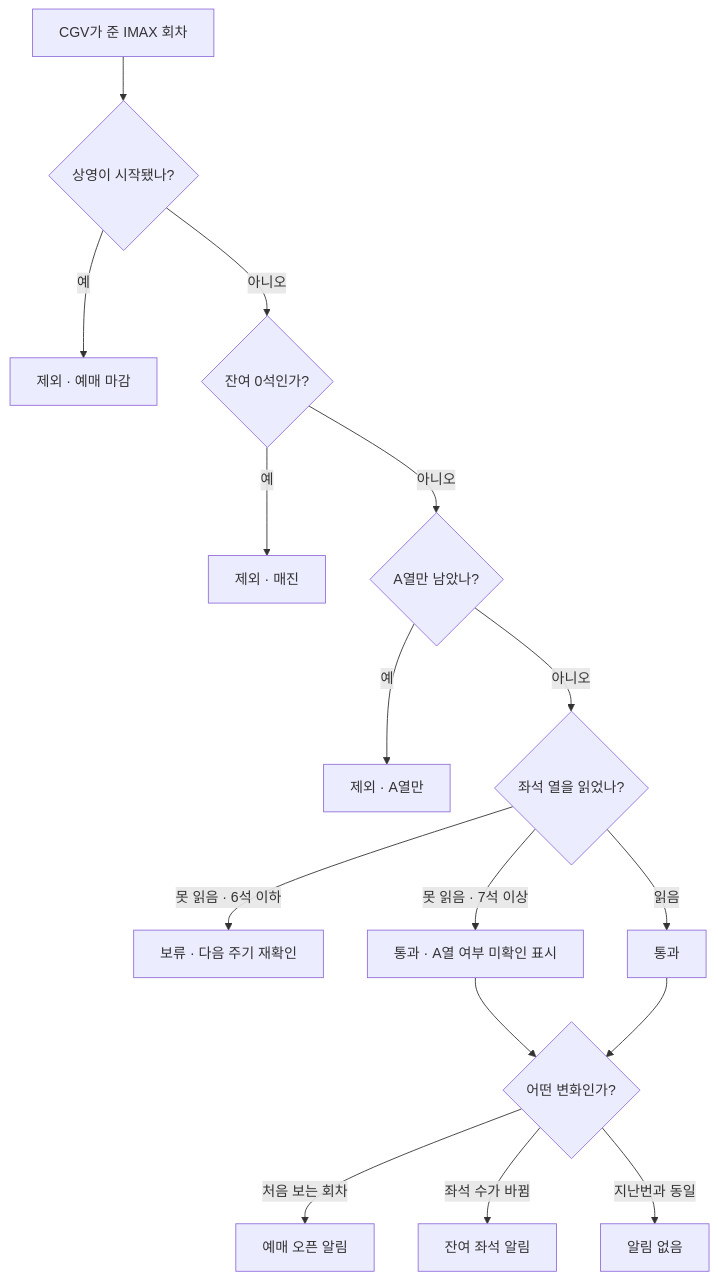
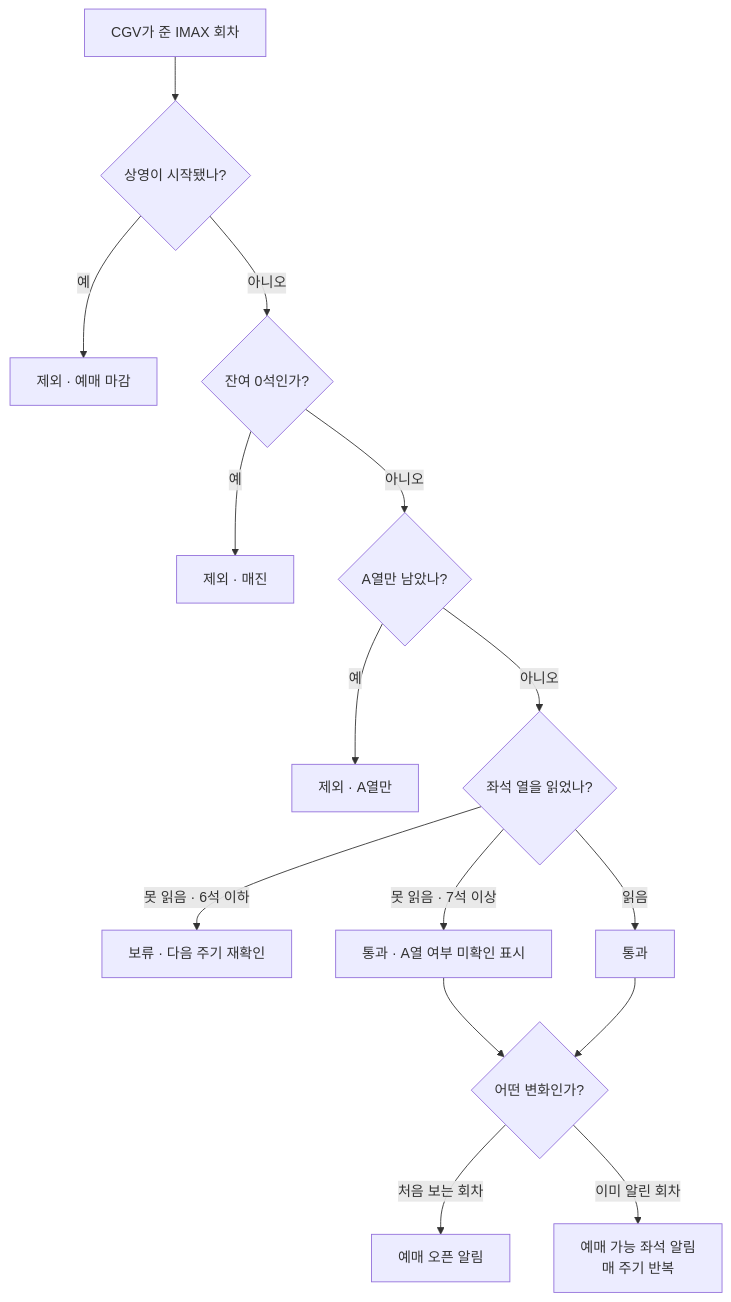
One commit to yuemyname/yongam-bot changed the third of 5 diagrams in docs/alert-flow.md. Above: the diagram before and after it, drawn with Mermaid. The commit also changed other lines of this file and 5 other files, not shown here.

````diff
--- a/docs/alert-flow.md
+++ b/docs/alert-flow.md
@@ -52,18 +53,17 @@
 ```mermaid
 flowchart TD
     S[CGV가 준 IMAX 회차] --> G1{상영이 시작됐나?}
     G1 -->|예| X1[제외 · 예매 마감]
     G1 -->|아니오| G2{잔여 0석인가?}
     G2 -->|예| X2[제외 · 매진]
     G2 -->|아니오| G4{A열만 남았나?}
     G4 -->|예| X4[제외 · A열만]
     G4 -->|아니오| G5{좌석 열을 읽었나?}
     G5 -->|못 읽음 · 6석 이하| H1[보류 · 다음 주기 재확인]
     G5 -->|못 읽음 · 7석 이상| P1[통과 · A열 여부 미확인 표시]
     G5 -->|읽음| P2[통과]
     P1 --> R{어떤 변화인가?}
     P2 --> R
     R -->|처음 보는 회차| A1[예매 오픈 알림]
-    R -->|좌석 수가 바뀜| A2[잔여 좌석 알림]
-    R -->|지난번과 동일| N[알림 없음]
+    R -->|이미 알린 회차| A2[예매 가능 좌석 알림<br/>매 주기 반복]
 ```
````
